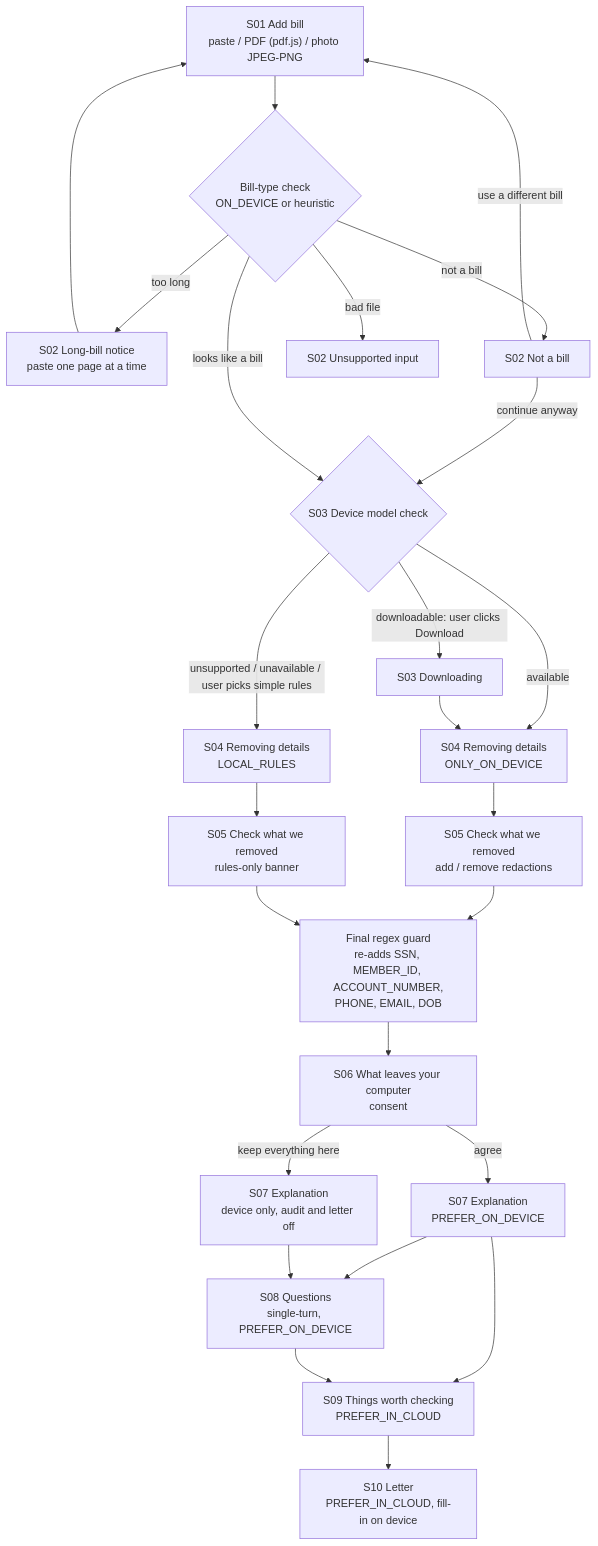
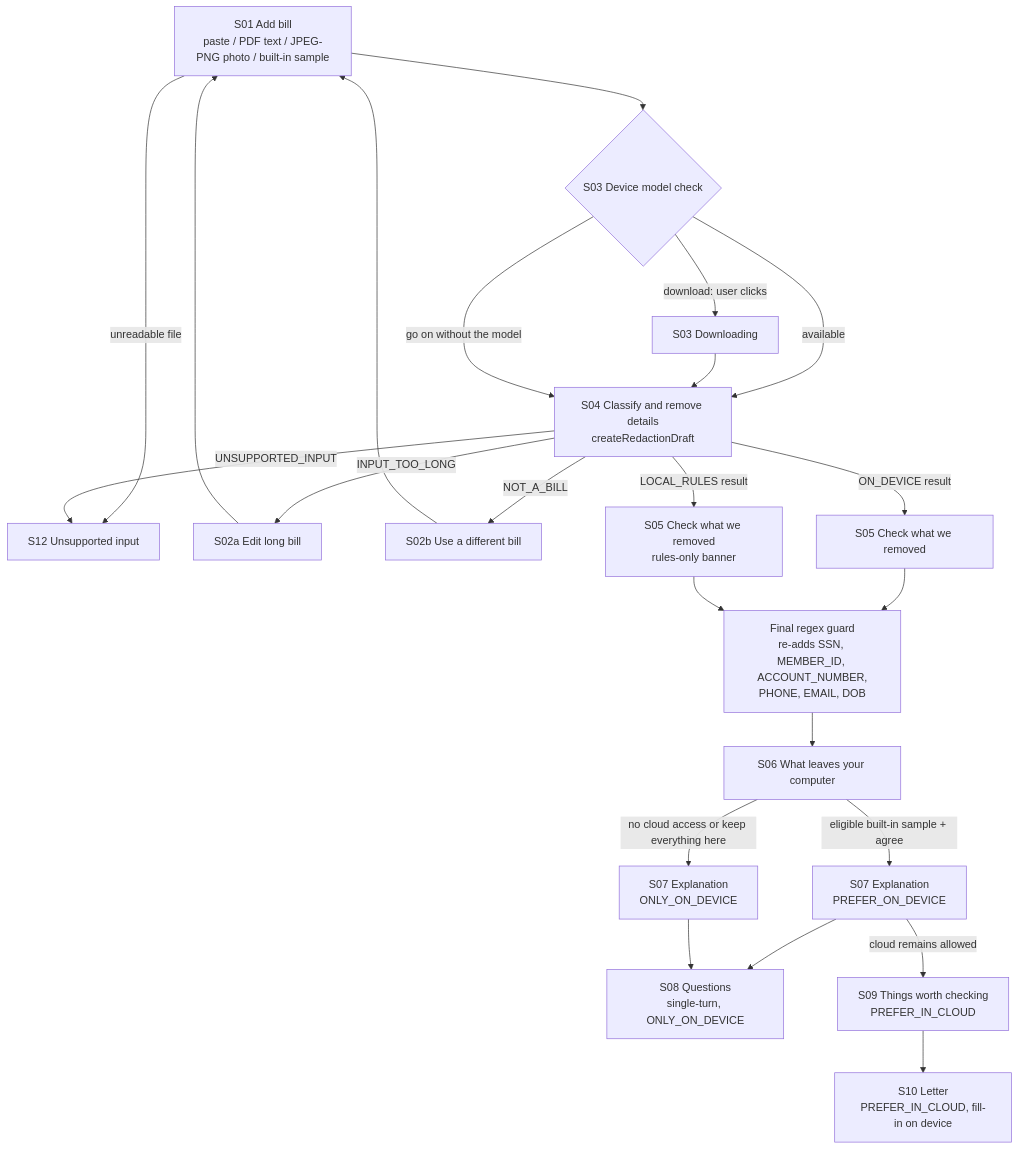
One commit to MatthewJunkins445/clearbill-medical-bill-explainer changed the first of 3 diagrams in design/flows.md. Above: the diagram before and after it, drawn with Mermaid. The commit also changed other lines of this file and 39 other files, not shown here.

````diff
--- a/design/flows.md
+++ b/design/flows.md
@@ -7,26 +7,24 @@
 ```mermaid
 flowchart TD
-    S01["S01 Add bill<br/>paste / PDF (pdf.js) / photo JPEG-PNG"] --> CHK{"Bill-type check<br/>ON_DEVICE or heuristic"}
-    CHK -- "too long" --> S02L["S02 Long-bill notice<br/>paste one page at a time"]
-    CHK -- "not a bill" --> S02N["S02 Not a bill"]
-    CHK -- "bad file" --> S02U["S02 Unsupported input"]
+    S01["S01 Add bill<br/>paste / PDF text / JPEG-PNG photo / built-in sample"] --> S03{"S03 Device model check"}
+    S01 -- "unreadable file" --> S12["S12 Unsupported input"]
+    S03 -- "available" --> S04["S04 Classify and remove details<br/>createRedactionDraft"]
+    S03 -- "download: user clicks" --> DL["S03 Downloading"] --> S04
+    S03 -- "go on without the model" --> S04
+    S04 -- "INPUT_TOO_LONG" --> S02L["S02a Edit long bill"]
+    S04 -- "NOT_A_BILL" --> S02N["S02b Use a different bill"]
+    S04 -- "UNSUPPORTED_INPUT" --> S12
     S02L --> S01
-    S02N -- "use a different bill" --> S01
-    S02N -- "continue anyway" --> S03
-    CHK -- "looks like a bill" --> S03{"S03 Device model check"}
-    S03 -- "available" --> S04["S04 Removing details<br/>ONLY_ON_DEVICE"]
-    S03 -- "downloadable: user clicks Download" --> DL["S03 Downloading"] --> S04
-    S03 -- "unsupported / unavailable / user picks simple rules" --> S04R["S04 Removing details<br/>LOCAL_RULES"]
-    S04 --> S05["S05 Check what we removed<br/>add / remove redactions"]
-    S04R --> S05R["S05 Check what we removed<br/>rules-only banner"]
+    S02N --> S01
+    S04 -- "ON_DEVICE result" --> S05["S05 Check what we removed"]
+    S04 -- "LOCAL_RULES result" --> S05R["S05 Check what we removed<br/>rules-only banner"]
     S05 --> GUARD["Final regex guard<br/>re-adds SSN, MEMBER_ID, ACCOUNT_NUMBER,<br/>PHONE, EMAIL, DOB"]
     S05R --> GUARD
-    GUARD --> S06["S06 What leaves your computer<br/>consent"]
-    S06 -- "agree" --> S07["S07 Explanation<br/>PREFER_ON_DEVICE"]
-    S06 -- "keep everything here" --> S07D["S07 Explanation<br/>device only, audit and letter off"]
-    S07 --> S08["S08 Questions<br/>single-turn, PREFER_ON_DEVICE"]
+    GUARD --> S06["S06 What leaves your computer"]
+    S06 -- "eligible built-in sample + agree" --> S07["S07 Explanation<br/>PREFER_ON_DEVICE"]
+    S06 -- "no cloud access or keep everything here" --> S07D["S07 Explanation<br/>ONLY_ON_DEVICE"]
+    S07 --> S08["S08 Questions<br/>single-turn, ONLY_ON_DEVICE"]
     S07D --> S08
-    S07 --> S09["S09 Things worth checking<br/>PREFER_IN_CLOUD"]
-    S08 --> S09
+    S07 -- "cloud remains allowed" --> S09["S09 Things worth checking<br/>PREFER_IN_CLOUD"]
     S09 --> S10["S10 Letter<br/>PREFER_IN_CLOUD, fill-in on device"]
 ```
````
